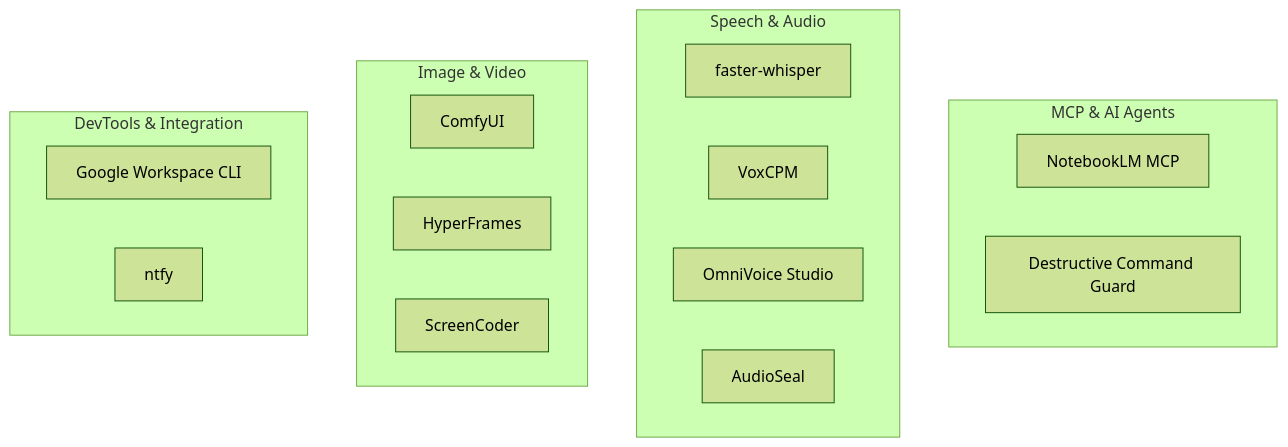
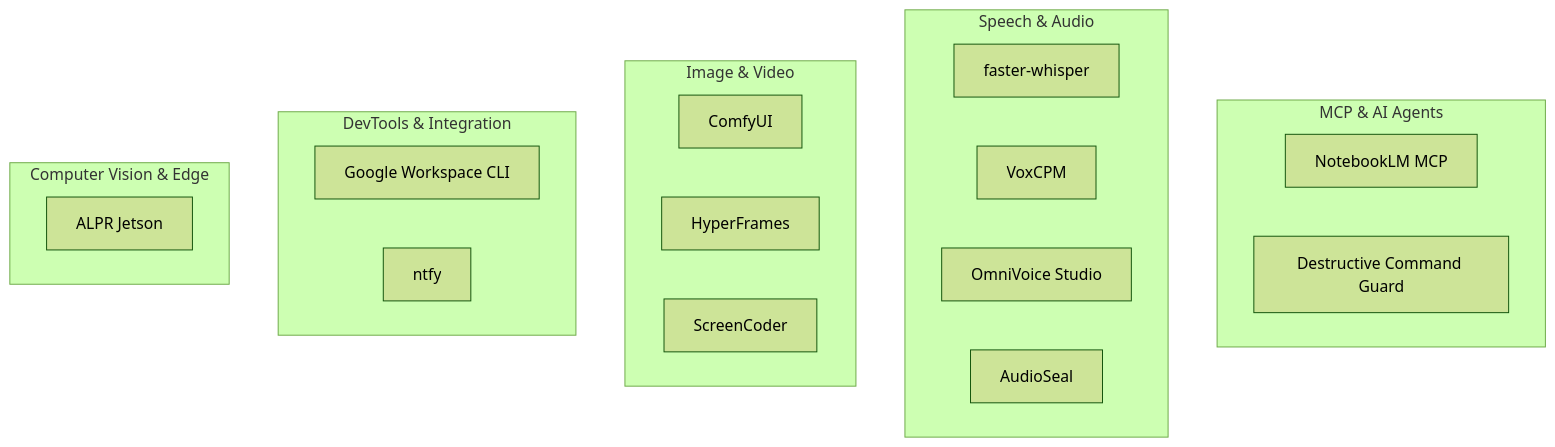
The diagram in categories/README.md (truongdinh018/awesome), drawn with Mermaid (forest theme) before and after one commit. The commit also changed other lines of this file and 3 other files, not shown here.

First line of the commit message:
feat: add ALPR (Jetson license plate recognition) to catalog

````diff
--- a/categories/README.md
+++ b/categories/README.md
@@ -5,22 +5,25 @@
 ```mermaid
 flowchart TB
     subgraph mcp [MCP & AI Agents]
         NLM[NotebookLM MCP]
         DCG[Destructive Command Guard]
     end
     subgraph speech [Speech & Audio]
         FW[faster-whisper]
         VOX[VoxCPM]
         OVS[OmniVoice Studio]
         AS[AudioSeal]
     end
     subgraph media [Image & Video]
         COMFY[ComfyUI]
         HF[HyperFrames]
         SC[ScreenCoder]
     end
     subgraph dev [DevTools & Integration]
         GWS[Google Workspace CLI]
         NTFY[ntfy]
     end
+    subgraph cv [Computer Vision & Edge]
+        ALPR[ALPR Jetson]
+    end
 ```
````
